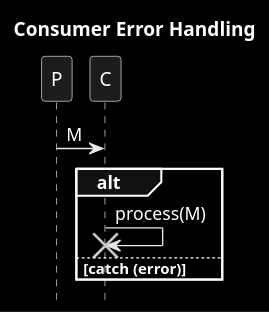
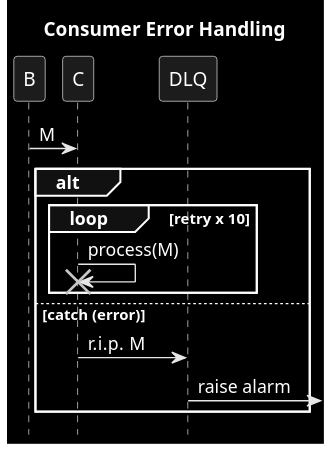
Before and after one commit to victorrentea/kafka: the diagram in patterns/6_c_errors.puml, drawn with PlantUML. The commit also changed 5 other files, not shown here.

```diff
--- a/patterns/6_c_errors.puml
+++ b/patterns/6_c_errors.puml
@@ -1,18 +1,35 @@
 @startuml
 title Consumer Error Handling
 hide footbox
 skinparam monochrome reverse
 
-P->C: M
+B->C: M
 alt
-'    loop timed retry 10
+    loop retry x 10
         C->C!!: process(M)
-'    end
+    end
 else catch (error)
-'    hnote over C: retry N times ± max time
-'    hnote over C: log.error("[ALARM-P1]M")
-'    C->B: M to DLQ
-'    C->B: PaymentFailedEvent
+    '1) discard the message (skip it) catch(e) {/*nothing*/}
+    'for transient self-correcting data: eg: current temperature/5s, stock values
+    'esp if they come in on a clock
+    'what if I drop 99% of messages for 3 mon --> freshness
+    ' idea: publish a metric with number of messages/store last processed
+    ' increment a counter (Micrometer)💖 + you email/impl(devOps) the alarm in prod
+
+    '2) log.error (skip it) if not sensitive (GDPR, card..) -> alarms scraping the logs
+    ' default
+
+    '3) send to Dead Letter (skip it)
+    '+ easy to replay
+    '+ privacy
+    '+ easier to raise alarm
+    C->DLQ: r.i.p. M
+    DLQ->:raise alarm
+
+    '4) send an error message if it's valuable for business
+    'PaymentFailedEvent{orderId} in an eShop
+
+    '5) freeze that partition/business ID
 end
 
 @enduml
```
